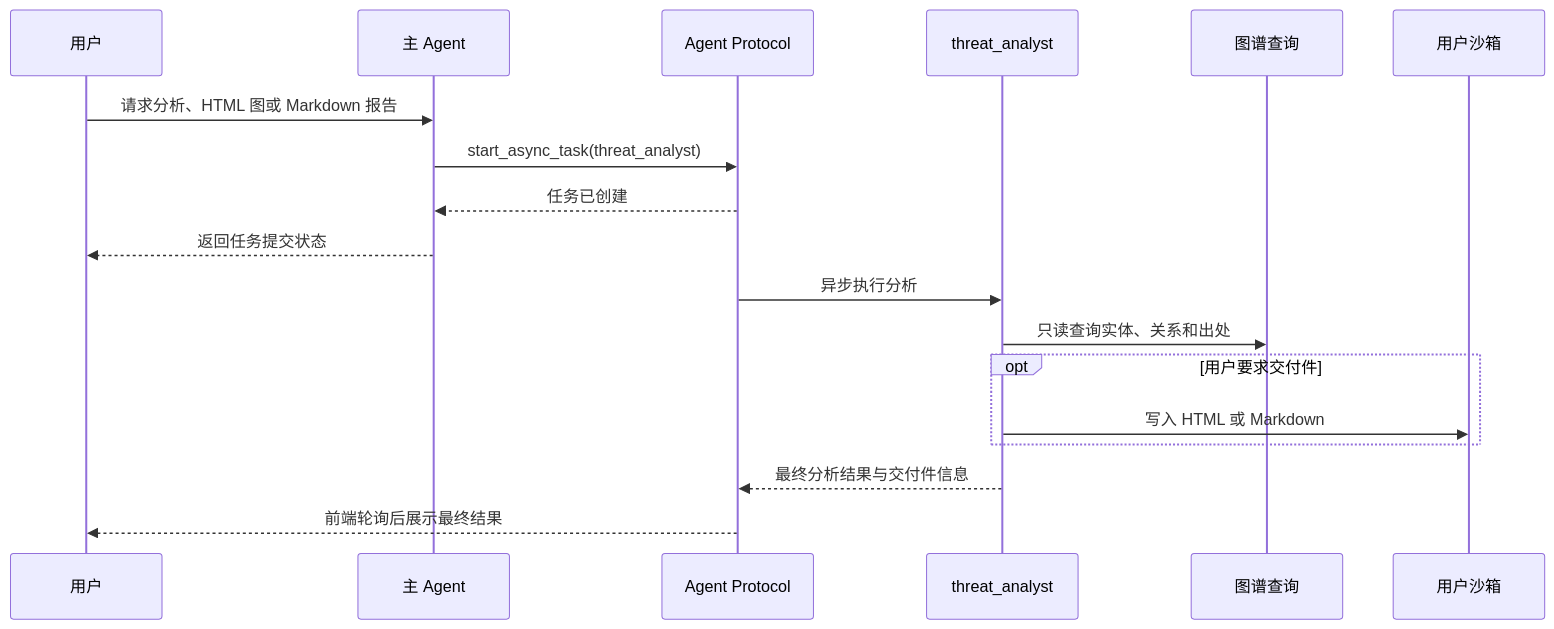
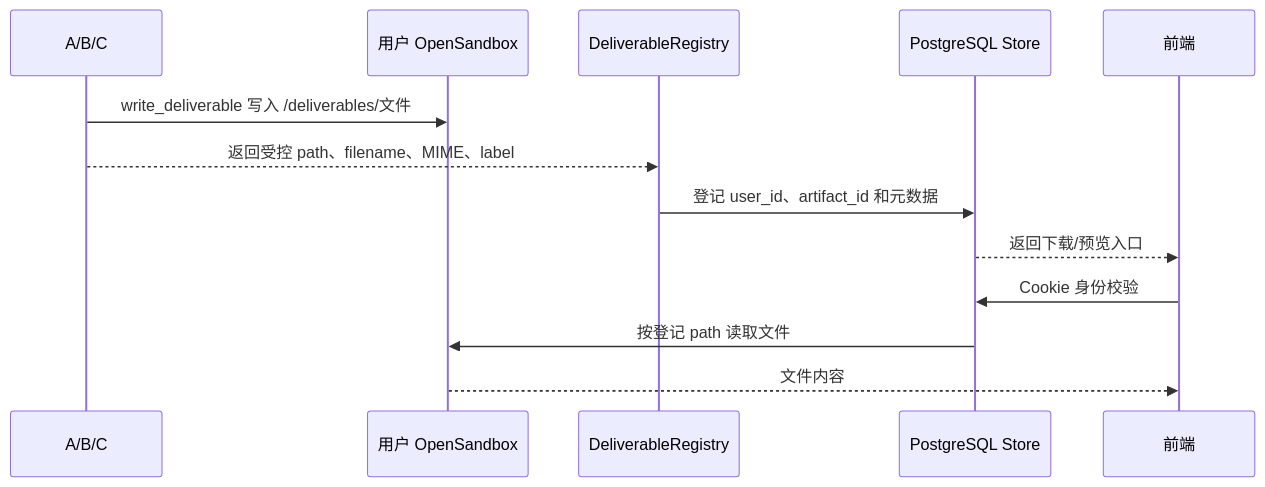
Before and after one commit to greenC2h/ThreatWeave: the eighth of 9 diagrams in doc/PROJECT_DOCUMENTATION.md, drawn with Mermaid. The commit also changed other lines of this file and 3 other files, not shown here.

````diff
--- a/doc/PROJECT_DOCUMENTATION.md
+++ b/doc/PROJECT_DOCUMENTATION.md
@@ -566,21 +518,16 @@
 ```mermaid
 sequenceDiagram
-    participant U as 用户
-    participant M as 主 Agent
-    participant P as Agent Protocol
-    participant C as threat_analyst
-    participant G as 图谱查询
-    participant S as 用户沙箱
+    participant A as A/B/C
+    participant S as 用户 OpenSandbox
+    participant R as DeliverableRegistry
+    participant P as PostgreSQL Store
+    participant U as 前端
 
-    U->>M: 请求分析、HTML 图或 Markdown 报告
-    M->>P: start_async_task(threat_analyst)
-    P-->>M: 任务已创建
-    M-->>U: 返回任务提交状态
-    P->>C: 异步执行分析
-    C->>G: 只读查询实体、关系和出处
-    opt 用户要求交付件
-        C->>S: 写入 HTML 或 Markdown
-    end
-    C-->>P: 最终分析结果与交付件信息
-    P-->>U: 前端轮询后展示最终结果
+    A->>S: write_deliverable 写入 /deliverables/文件
+    A-->>R: 返回受控 path、filename、MIME、label
+    R->>P: 登记 user_id、artifact_id 和元数据
+    P-->>U: 返回下载/预览入口
+    U->>P: Cookie 身份校验
+    P->>S: 按登记 path 读取文件
+    S-->>U: 文件内容
 ```
````
